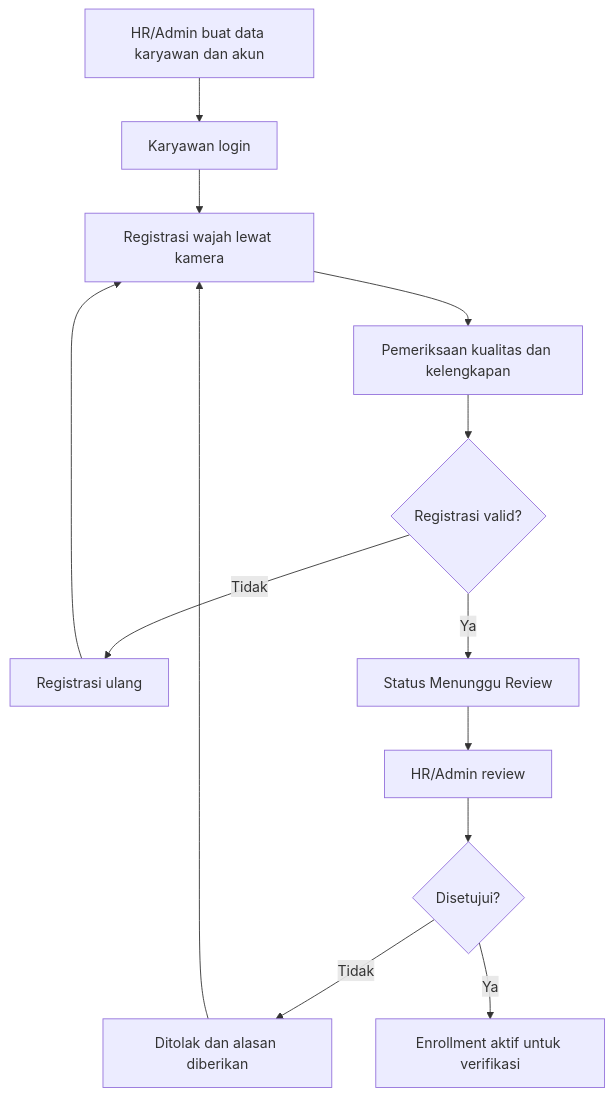
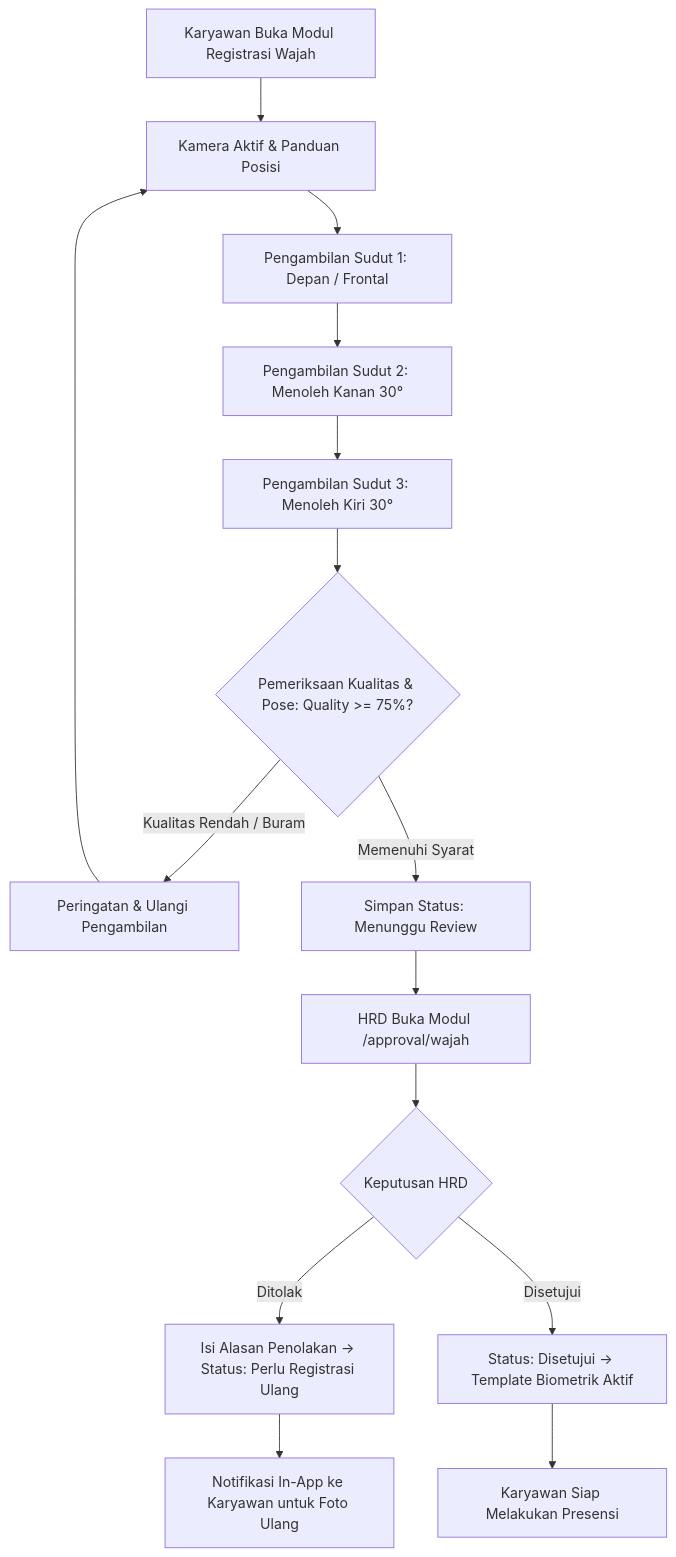
The third of 5 diagrams in PRD_Final_v1.0_Sistem_Absensi.md (ekajacx/jabsen), drawn with Mermaid before and after one commit. The commit also changed other lines of this file, not shown here.

````diff
--- a/PRD_Final_v1.0_Sistem_Absensi.md
+++ b/PRD_Final_v1.0_Sistem_Absensi.md
@@ -675,15 +648,17 @@
 ```mermaid
 flowchart TD
-    A[HR/Admin buat data karyawan dan akun] --> B[Karyawan login]
-    B --> C[Registrasi wajah lewat kamera]
-    C --> D[Pemeriksaan kualitas dan kelengkapan]
-    D --> E{Registrasi valid?}
-    E -- Tidak --> F[Registrasi ulang]
-    F --> C
-    E -- Ya --> G[Status Menunggu Review]
-    G --> H[HR/Admin review]
-    H --> I{Disetujui?}
-    I -- Tidak --> J[Ditolak dan alasan diberikan]
-    J --> C
-    I -- Ya --> K[Enrollment aktif untuk verifikasi]
+    A[Karyawan Buka Modul Registrasi Wajah] --> B[Kamera Aktif & Panduan Posisi]
+    B --> C[Pengambilan Sudut 1: Depan / Frontal]
+    C --> D[Pengambilan Sudut 2: Menoleh Kanan 30°]
+    D --> E[Pengambilan Sudut 3: Menoleh Kiri 30°]
+    E --> F{Pemeriksaan Kualitas & Pose: Quality >= 75%?}
+    F -- Kualitas Rendah / Buram --> G[Peringatan & Ulangi Pengambilan]
+    G --> B
+    F -- Memenuhi Syarat --> H[Simpan Status: Menunggu Review]
+    H --> I[HRD Buka Modul /approval/wajah]
+    I --> J{Keputusan HRD}
+    J -- Ditolak --> K[Isi Alasan Penolakan -> Status: Perlu Registrasi Ulang]
+    K --> L[Notifikasi In-App ke Karyawan untuk Foto Ulang]
+    J -- Disetujui --> M[Status: Disetujui -> Template Biometrik Aktif]
+    M --> N[Karyawan Siap Melakukan Presensi]
 ```
````
